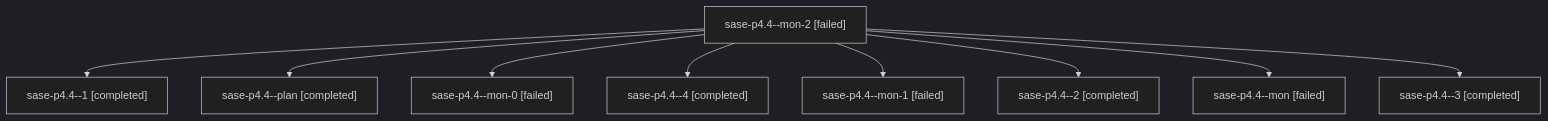
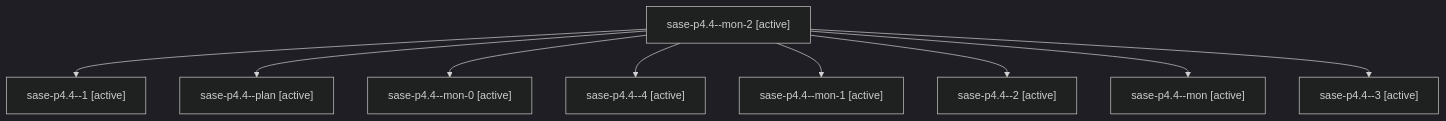
Before and after one commit to sase-org/sase--agents: the diagram in families/bbugyi200.athena.sase-p4.4.md, drawn with Mermaid (dark theme). The commit also changed other lines of this file and 35830 other files, not shown here.

````diff
--- a/families/bbugyi200.athena.sase-p4.4.md
+++ b/families/bbugyi200.athena.sase-p4.4.md
@@ -9,20 +9,20 @@
 ```mermaid
 flowchart TD
-  n0["sase-p4.4--mon-2 [failed]"]
-  n1["sase-p4.4--1 [completed]"]
+  n0["sase-p4.4--mon-2 [active]"]
+  n1["sase-p4.4--1 [active]"]
   n0 --> n1
-  n2["sase-p4.4--plan [completed]"]
+  n2["sase-p4.4--plan [active]"]
   n0 --> n2
-  n3["sase-p4.4--mon-0 [failed]"]
+  n3["sase-p4.4--mon-0 [active]"]
   n0 --> n3
-  n4["sase-p4.4--4 [completed]"]
+  n4["sase-p4.4--4 [active]"]
   n0 --> n4
-  n5["sase-p4.4--mon-1 [failed]"]
+  n5["sase-p4.4--mon-1 [active]"]
   n0 --> n5
-  n6["sase-p4.4--2 [completed]"]
+  n6["sase-p4.4--2 [active]"]
   n0 --> n6
-  n7["sase-p4.4--mon [failed]"]
+  n7["sase-p4.4--mon [active]"]
   n0 --> n7
-  n8["sase-p4.4--3 [completed]"]
+  n8["sase-p4.4--3 [active]"]
   n0 --> n8
 ```
````
